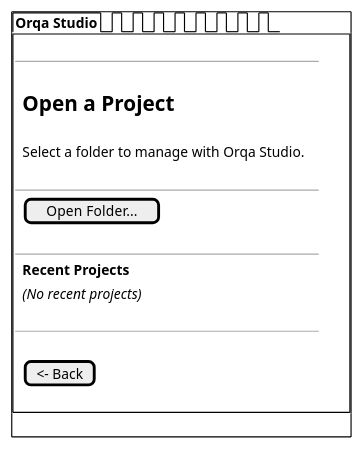
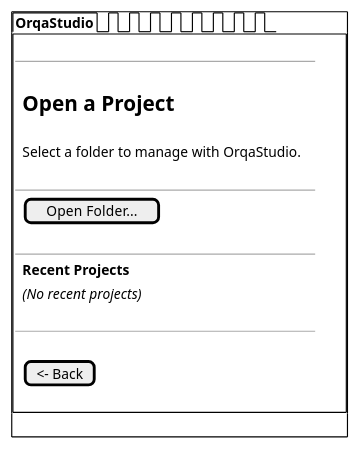
One commit to orqastudio/app changed the sixth of 14 diagrams in docs/wireframes/settings-onboarding.md. Above: the diagram before and after it, drawn with PlantUML. The commit also changed other lines of this file and 177 other files, not shown here.

````diff
--- a/docs/wireframes/settings-onboarding.md
+++ b/docs/wireframes/settings-onboarding.md
@@ -284,30 +284,30 @@
 ```plantuml
 @startsalt
 {+
-  {/ <b>Orqa Studio</b> | . | . | . | . | . | . | . | . }
+  {/ <b>OrqaStudio</b> | . | . | . | . | . | . | . | . }
   {+
     {
       . | . | . | . | . | .
       ---
       .
       { . | <b><size:18>Open a Project</size></b> | . | . }
       .
-      { . | Select a folder to manage with Orqa Studio. | . | . }
+      { . | Select a folder to manage with OrqaStudio. | . | . }
       .
       ---
       { . | [Open Folder...] | . | . }
       .
       ---
       { . | <b>Recent Projects</b> | . | . }
       { . | <i>(No recent projects)</i> | . | . }
       .
       ---
       .
       { . | [<- Back] | . | . }
       .
     }
   }
   { . | . | . | . | . | . | . | . | . }
 }
 @endsalt
 ```
````
